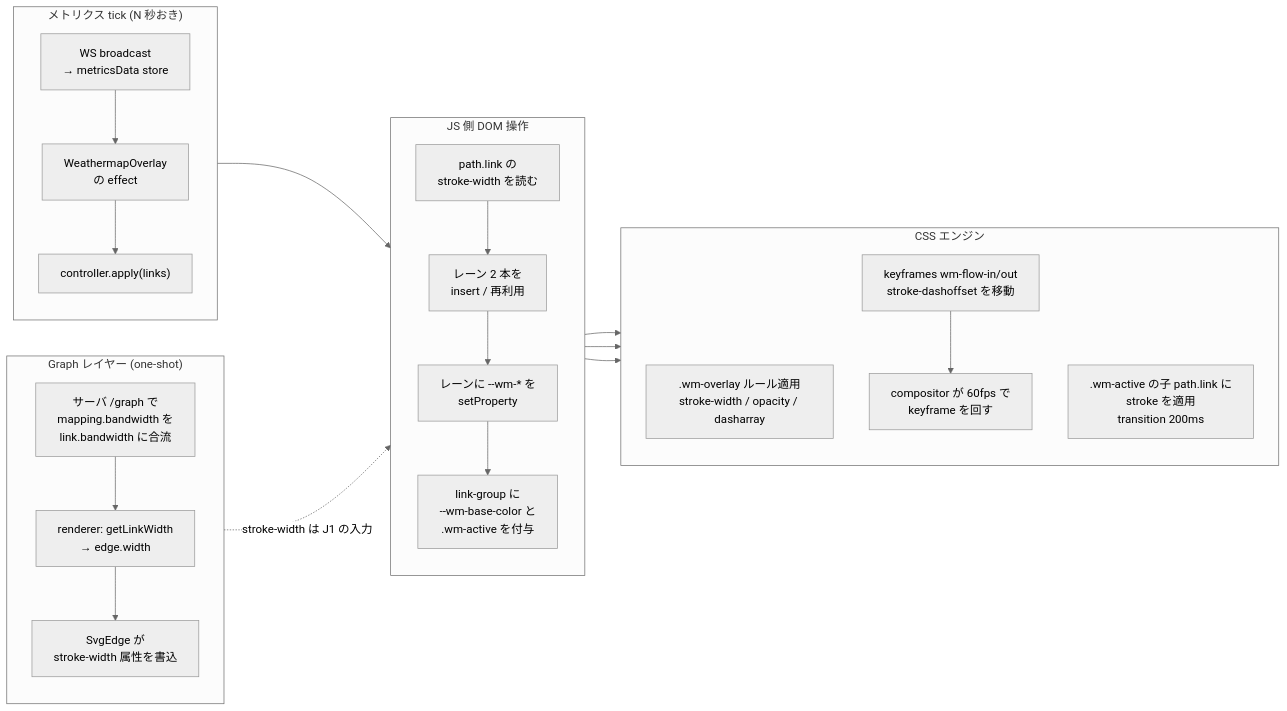
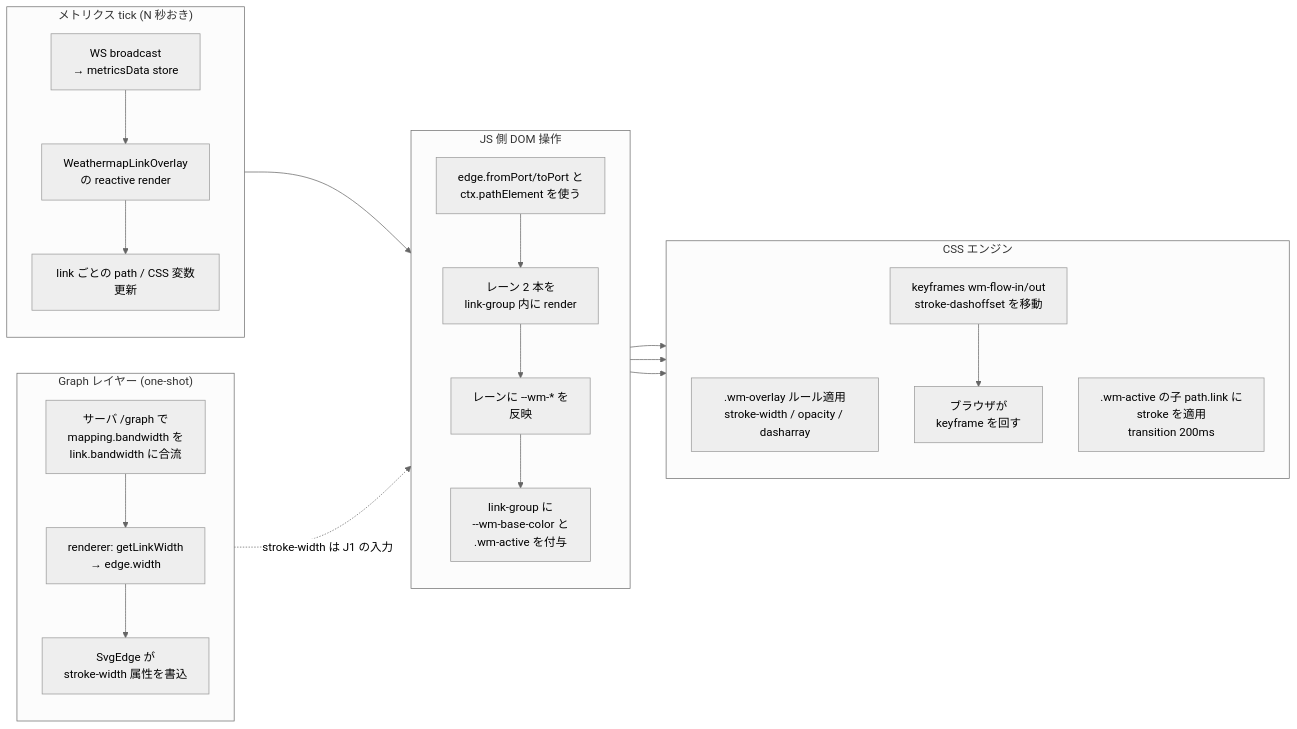
Before and after one commit to konoe-akitoshi/shumoku: the sixth of 6 diagrams in apps/server/docs/topology-rendering.md, drawn with Mermaid (neutral theme). The commit also changed other lines of this file and 18 other files, not shown here.

````diff
--- a/apps/server/docs/topology-rendering.md
+++ b/apps/server/docs/topology-rendering.md
@@ -349,42 +366,42 @@
 ```mermaid
 flowchart LR
   subgraph GRF["Graph レイヤー (one-shot)"]
     direction TB
     G1["サーバ /graph で<br/>mapping.bandwidth を<br/>link.bandwidth に合流"]
     G2["renderer: getLinkWidth<br/>→ edge.width"]
     G3["SvgEdge が<br/>stroke-width 属性を書込"]
     G1 --> G2 --> G3
   end
 
   subgraph TICK["メトリクス tick (N 秒おき)"]
     direction TB
     T1["WS broadcast<br/>→ metricsData store"]
-    T2["WeathermapOverlay<br/>の effect"]
-    T3["controller.apply(links)"]
+    T2["WeathermapLinkOverlay<br/>の reactive render"]
+    T3["link ごとの path / CSS 変数更新"]
     T1 --> T2 --> T3
   end
 
   subgraph JS_OPS["JS 側 DOM 操作"]
     direction TB
-    J1["path.link の<br/>stroke-width を読む"]
-    J2["レーン 2 本を<br/>insert / 再利用"]
-    J3["レーンに --wm-* を<br/>setProperty"]
+    J1["edge.fromPort/toPort と<br/>ctx.pathElement を使う"]
+    J2["レーン 2 本を<br/>link-group 内に render"]
+    J3["レーンに --wm-* を<br/>反映"]
     J4["link-group に<br/>--wm-base-color と<br/>.wm-active を付与"]
     J1 --> J2 --> J3 --> J4
   end
 
   subgraph CSS_ENGINE["CSS エンジン"]
     direction TB
     C1[".wm-overlay ルール適用<br/>stroke-width / opacity / dasharray"]
     C2[".wm-active の子 path.link に<br/>stroke を適用<br/>transition 200ms"]
     C3["keyframes wm-flow-in/out<br/>stroke-dashoffset を移動"]
-    C4["compositor が 60fps で<br/>keyframe を回す"]
+    C4["ブラウザが<br/>keyframe を回す"]
     C3 --> C4
   end
 
   G3 -. stroke-width は J1 の入力 .-> J1
   T3 --> J1
   J3 --> C1
   J3 --> C3
   J4 --> C2
 ```
````
